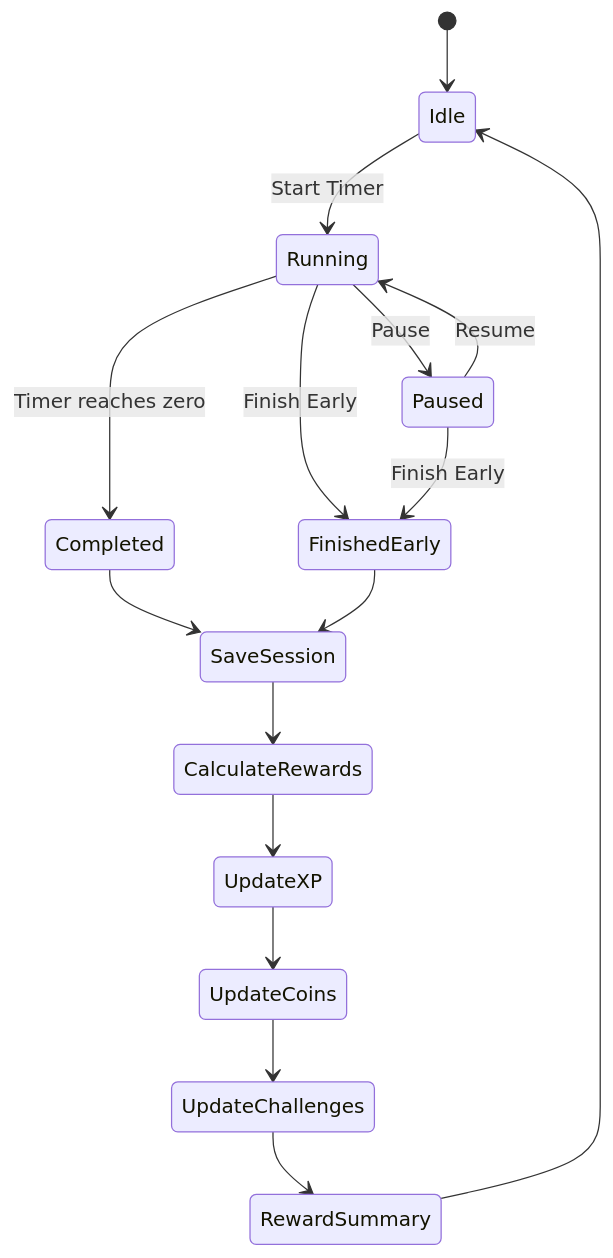
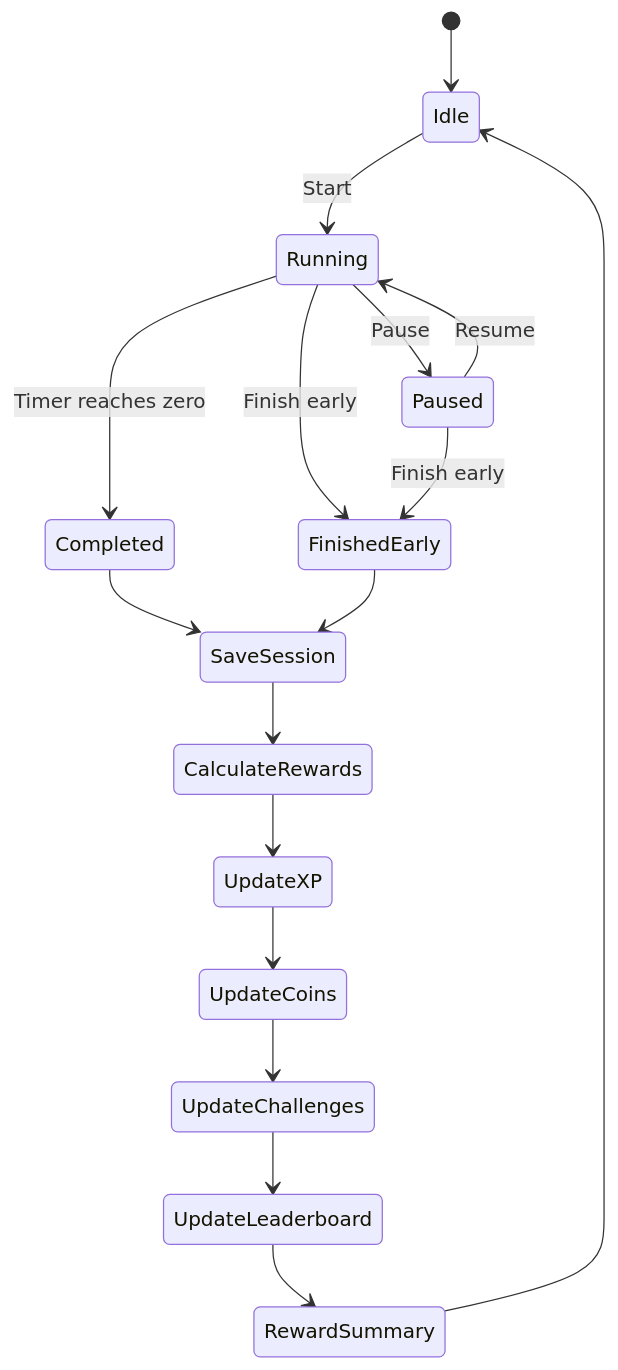
One commit to bipulkumar62/FocusSaga-XP changed the fifth of 14 diagrams in README.md. Above: the diagram before and after it, drawn with Mermaid. The commit also changed other lines of this file, not shown here.

````diff
--- a/README.md
+++ b/README.md
@@ -120,18 +190,19 @@
 ```mermaid
 stateDiagram-v2
     [*] --> Idle
-    Idle --> Running: Start Timer
+    Idle --> Running: Start
     Running --> Paused: Pause
     Paused --> Running: Resume
     Running --> Completed: Timer reaches zero
-    Running --> FinishedEarly: Finish Early
-    Paused --> FinishedEarly: Finish Early
+    Running --> FinishedEarly: Finish early
+    Paused --> FinishedEarly: Finish early
     Completed --> SaveSession
     FinishedEarly --> SaveSession
     SaveSession --> CalculateRewards
     CalculateRewards --> UpdateXP
     UpdateXP --> UpdateCoins
     UpdateCoins --> UpdateChallenges
-    UpdateChallenges --> RewardSummary
+    UpdateChallenges --> UpdateLeaderboard
+    UpdateLeaderboard --> RewardSummary
     RewardSummary --> Idle
 ```
````
